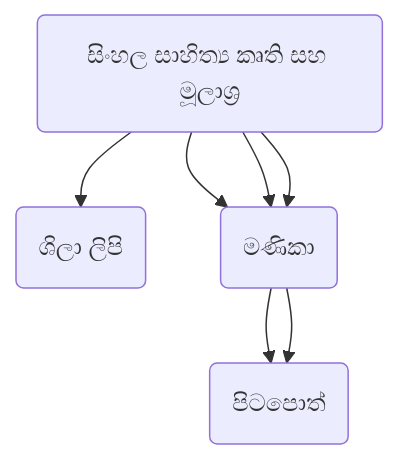
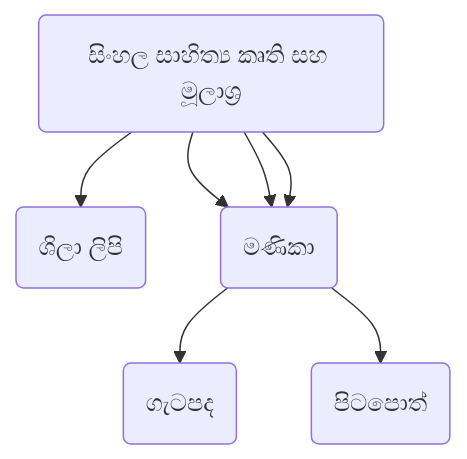
The diagram in README.md (vanniurumaya/SinhalaLiterature), drawn with Mermaid before and after one commit.

````diff
--- a/README.md
+++ b/README.md
@@ -3,9 +3,9 @@
 ```mermaid
 graph TD;
     A(සිංහල සාහිත්‍ය කෘති සහ මූලාශ්‍ර)-->B(ශිලා ලිපි);
     A(සිංහල සාහිත්‍ය කෘති සහ මූලාශ්‍ර)-->C(හෙළ අටුවා);
     A(සිංහල සාහිත්‍ය කෘති සහ මූලාශ්‍ර)-->C(ව්‍යාකපාන);
                          C(ව්‍යාකපාන)-->D(ගැටපද);
-                         C(ව්‍යාකපාන)-->D(පිටපොත්);
+                         C(ව්‍යාකපාන)-->E(පිටපොත්);
     A(සිංහල සාහිත්‍ය කෘති සහ මූලාශ්‍ර)-->C(මණිකා);
 ```
````
